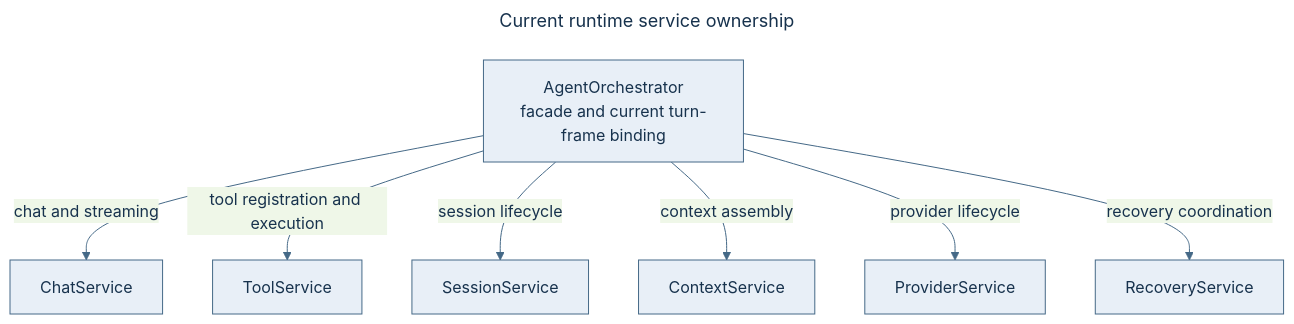
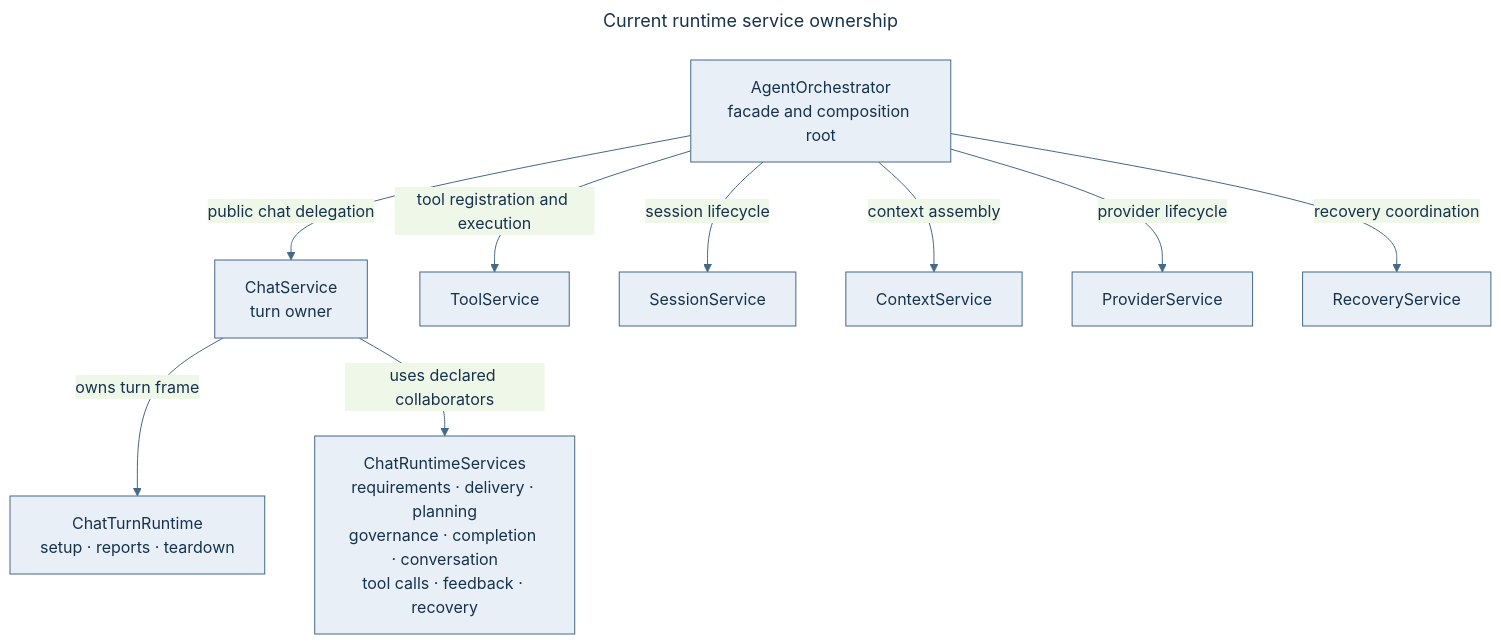
One commit to anvai-labs/victor changed the second of 12 diagrams in docs/architecture.md. Above: the diagram before and after it, drawn with Mermaid. The commit also changed other lines of this file and 495 other files, not shown here.

````diff
--- a/docs/architecture.md
+++ b/docs/architecture.md
@@ -132,20 +155,24 @@
 ```mermaid
 ---
 title: Current runtime service ownership
 ---
 %%{init: {"theme":"base","themeVariables":{"primaryColor":"#E8EFF7","primaryTextColor":"#17324D","primaryBorderColor":"#456987","lineColor":"#456987","fontFamily":"Arial"}}}%%
 flowchart TB
-  O["AgentOrchestrator<br/>facade and current turn-frame binding"]
-  C["ChatService"]
+  O["AgentOrchestrator<br/>facade and composition root"]
+  C["ChatService<br/>turn owner"]
+  F["ChatTurnRuntime<br/>setup · reports · teardown"]
+  V["ChatRuntimeServices<br/>requirements · delivery · planning<br/>governance · completion · conversation<br/>tool calls · feedback · recovery"]
   T["ToolService"]
   S["SessionService"]
   X["ContextService"]
   P["ProviderService"]
   R["RecoveryService"]
-  O -->|"chat and streaming"| C
+  O -->|"public chat delegation"| C
+  C -->|"owns turn frame"| F
+  C -->|"uses declared collaborators"| V
   O -->|"tool registration and execution"| T
   O -->|"session lifecycle"| S
   O -->|"context assembly"| X
   O -->|"provider lifecycle"| P
   O -->|"recovery coordination"| R
 ```
````
